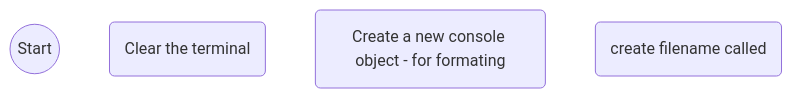
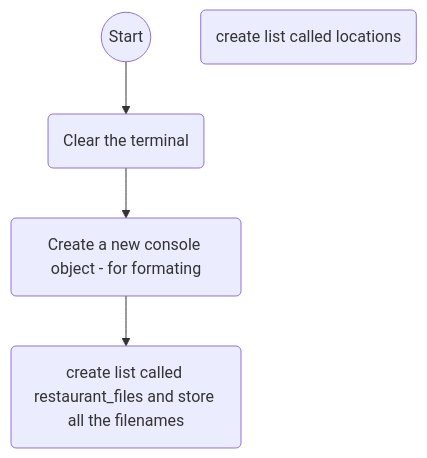
The diagram in Error Journaling/Error_Journaling.md (asdcf35/classwork), drawn with Mermaid before and after one commit.

Commit message:
May 12, 2024, 3:56 PM

````diff
--- a/Error Journaling/Error_Journaling.md
+++ b/Error Journaling/Error_Journaling.md
@@ -1,9 +1,14 @@
 ```mermaid
 flowchart
 %% the actual pieces
     start((Start))
     clear(Clear the terminal)
     console(Create a new console object - for formating)
-    restaurantFilenames(create filename called )
+    restaurantFilenames(create list called restaurant_files and store all the filenames )
+    locations(create list called locations)
+    
 %% connections
+start --> clear
+clear --> console
+console --> restaurantFilenames
 ```
````
